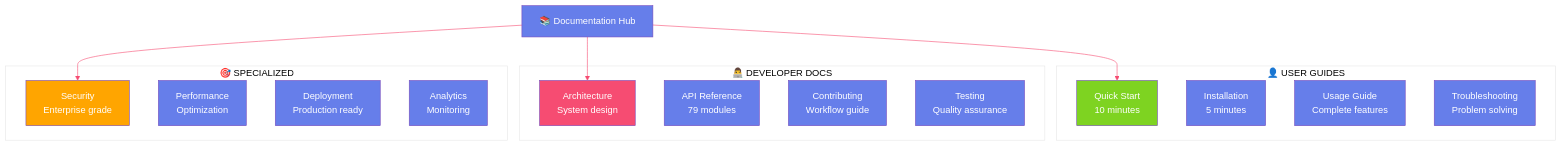
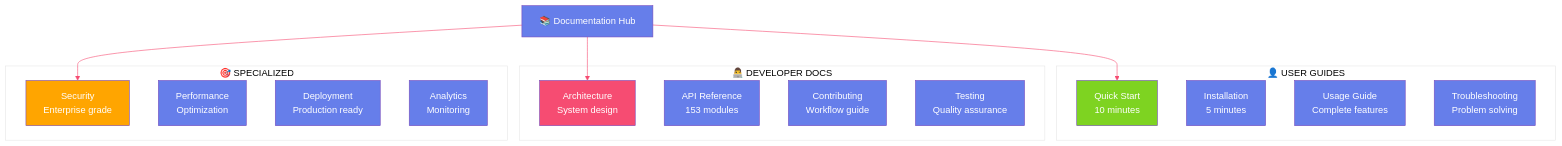
Before and after one commit to arkalia-luna-system/ia-pipeline: the first of 7 diagrams in docs/README.md, drawn with Mermaid. The commit also changed other lines of this file and 29 other files, not shown here.

````diff
--- a/docs/README.md
+++ b/docs/README.md
@@ -22,33 +22,33 @@
 ```mermaid
 %%{init: {'theme':'base', 'themeVariables': { 'primaryColor': '#667eea', 'primaryTextColor': '#fff', 'primaryBorderColor': '#764abc', 'lineColor': '#f64c72', 'secondaryColor': '#7ed321', 'tertiaryColor': '#fff'}}}%%
 graph TB
     subgraph "👤 USER GUIDES"
         UG1[Quick Start<br/>10 minutes]
         UG2[Installation<br/>5 minutes]
         UG3[Usage Guide<br/>Complete features]
         UG4[Troubleshooting<br/>Problem solving]
     end
     
     subgraph "👨‍💻 DEVELOPER DOCS"
         DD1[Architecture<br/>System design]
-        DD2[API Reference<br/>79 modules]
+        DD2[API Reference<br/>153 modules]
         DD3[Contributing<br/>Workflow guide]
         DD4[Testing<br/>Quality assurance]
     end
     
     subgraph "🎯 SPECIALIZED"
         SP1[Security<br/>Enterprise grade]
         SP2[Performance<br/>Optimization]
         SP3[Deployment<br/>Production ready]
         SP4[Analytics<br/>Monitoring]
     end
     
     DOC[📚 Documentation Hub] --> UG1
     DOC --> DD1
     DOC --> SP1
     
     style DOC fill:#667eea
     style UG1 fill:#7ed321
     style DD1 fill:#f64c72
     style SP1 fill:#ffa500
 ```
````
